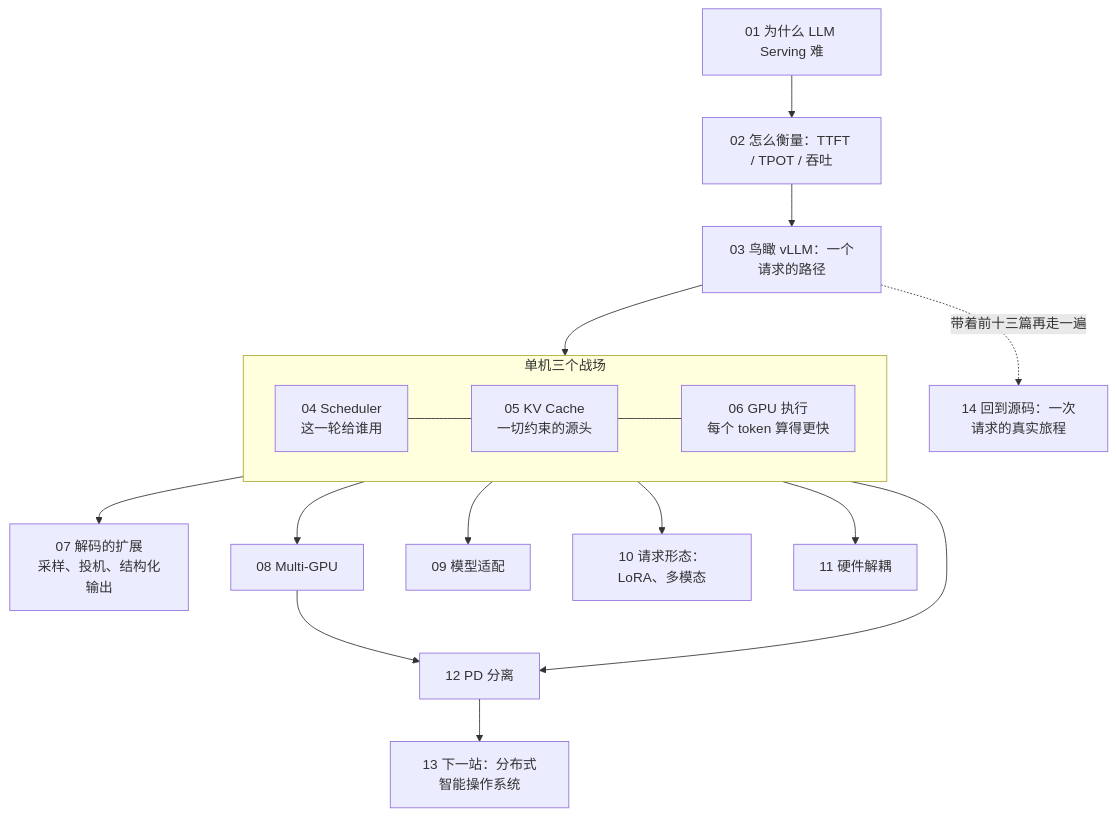
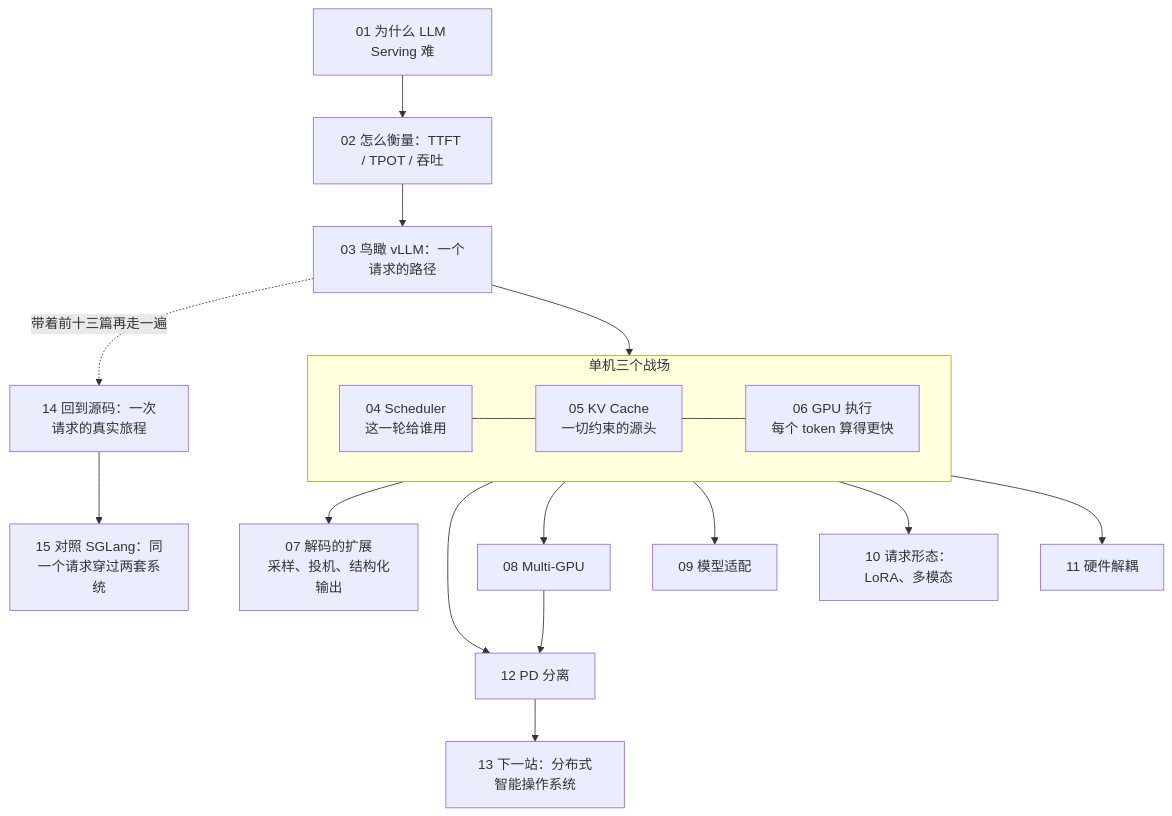
Before and after one commit to arganzheng/arganzheng.github.com: the first of 2 diagrams in _posts/2026-08-25-deep-dive-into-vllm-series-recap-and-self-test.md, drawn with Mermaid. The commit also changed other lines of this file and 4 other files, not shown here.

First line of the commit message:
vLLM 系列新增第 15 篇：vLLM 与 SGLang，同一个请求穿过两套 Serving 系统

````diff
--- a/_posts/2026-08-25-deep-dive-into-vllm-series-recap-and-self-test.md
+++ b/_posts/2026-08-25-deep-dive-into-vllm-series-recap-and-self-test.md
@@ -19,16 +19,17 @@
 ```mermaid
 %%{init: {"flowchart": {"wrappingWidth": 150}}}%%
-%% 图：vLLM 系列全景：问题 → 指标 → 全景 → 单机三个战场 → 扩展与适配 → 演进 → 源码
+%% 图：vLLM 系列全景：问题 → 指标 → 全景 → 单机三个战场 → 扩展与适配 → 演进 → 源码 → 对照 SGLang
 flowchart TB
     V1["01 为什么 LLM Serving 难"] --> V2["02 怎么衡量：TTFT / TPOT / 吞吐"] --> V3["03 鸟瞰 vLLM：一个请求的路径"]
     subgraph ONE["单机三个战场"]
         direction LR
         V4["04 Scheduler<br/>这一轮给谁用"] --- V5["05 KV Cache<br/>一切约束的源头"] --- V6["06 GPU 执行<br/>每个 token 算得更快"]
     end
     V3 --> ONE
     V6 --> V7["07 解码的扩展<br/>采样、投机、结构化输出"]
     ONE --> V8["08 Multi-GPU"] & V9["09 模型适配"] & V10["10 请求形态：LoRA、多模态"] & V11["11 硬件解耦"]
     V5 & V8 --> V12["12 PD 分离"] --> V13["13 下一站：分布式智能操作系统"]
     V3 -. "带着前十三篇再走一遍" .-> V14["14 回到源码：一次请求的真实旅程"]
+    V14 --> V15["15 对照 SGLang：同一个请求穿过两套系统"]
 
 ```
````
